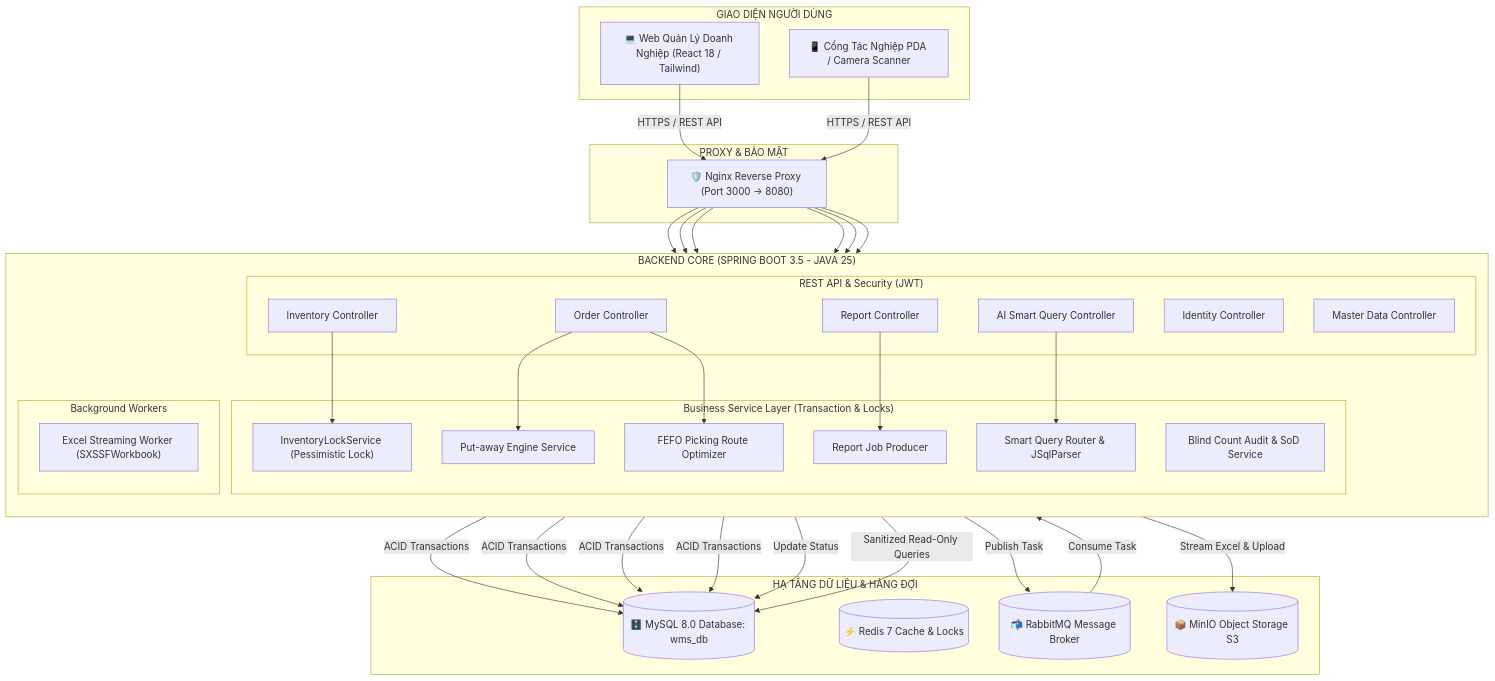
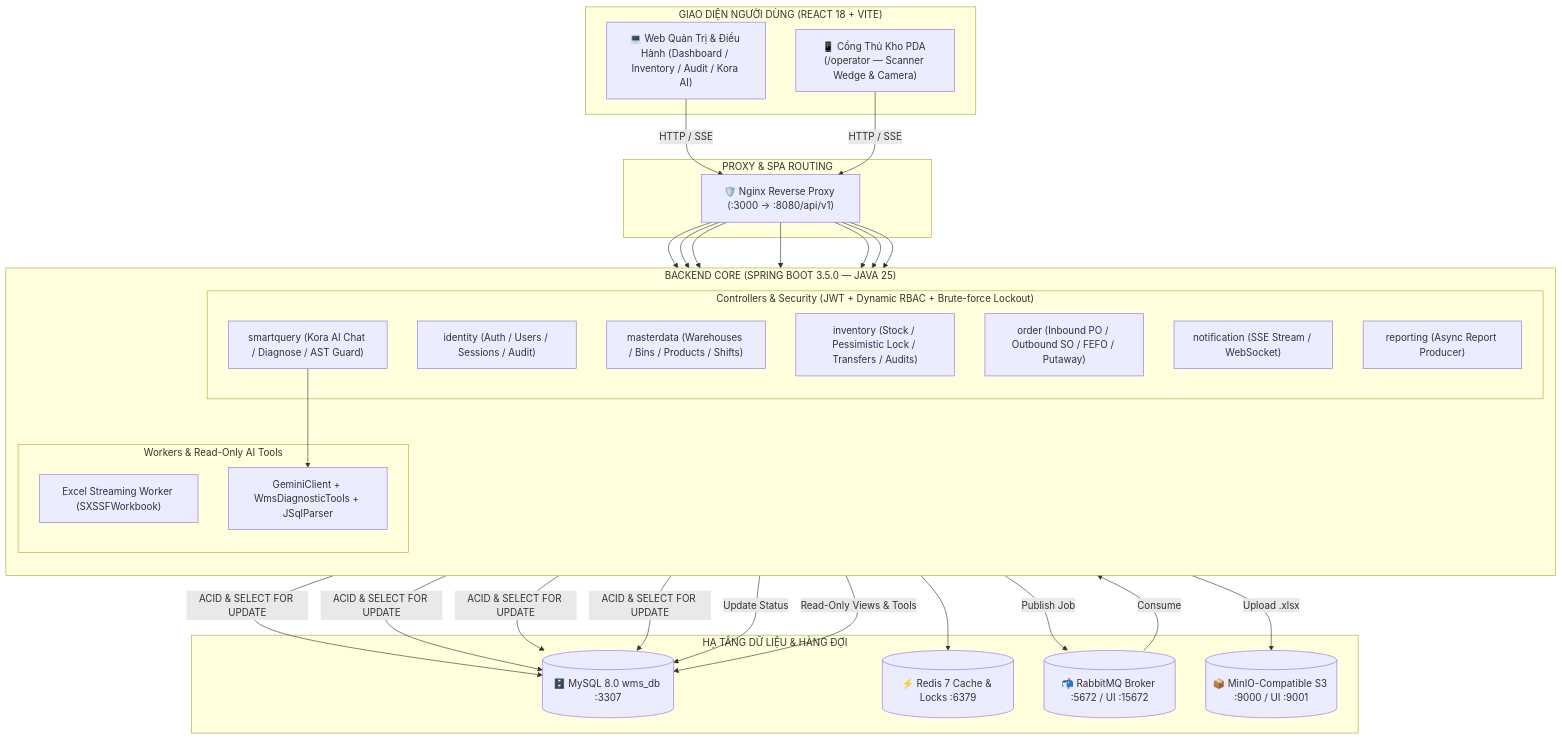
The diagram in README.md (chien261025/HKDN), drawn with Mermaid before and after one commit. The commit also changed other lines of this file and 13 other files, not shown here.

Commit message:
fix(wms,frontend): apply live-tested fixes across dashboard, operator PDA, auth, notifications and update README

````diff
--- a/README.md
+++ b/README.md
@@ -133,56 +95,47 @@
 ```mermaid
 graph TB
-    subgraph Clients ["GIAO DIỆN NGƯỜI DÙNG"]
-        WebAdmin["💻 Web Quản Lý Doanh Nghiệp (React 18 / Tailwind)"]
-        MobileScanner["📱 Cổng Tác Nghiệp PDA / Camera Scanner"]
+    subgraph Clients ["GIAO DIỆN NGƯỜI DÙNG (REACT 18 + VITE)"]
+        WebAdmin["💻 Web Quản Trị & Điều Hành (Dashboard / Inventory / Audit / Kora AI)"]
+        MobilePDA["📱 Cổng Thủ Kho PDA (/operator — Scanner Wedge & Camera)"]
     end
 
-    subgraph Gateway ["PROXY & BẢO MẬT"]
-        Nginx["🛡️ Nginx Reverse Proxy (Port 3000 -> 8080)"]
+    subgraph Gateway ["PROXY & SPA ROUTING"]
+        Nginx["🛡️ Nginx Reverse Proxy (:3000 -> :8080/api/v1)"]
     end
 
-    subgraph SpringBootApp ["BACKEND CORE (SPRING BOOT 3.5 - JAVA 25)"]
+    subgraph SpringBootApp ["BACKEND CORE (SPRING BOOT 3.5.0 — JAVA 25)"]
         direction TB
-        subgraph REST_Controllers ["REST API & Security (JWT)"]
-            AuthCtrl["Identity Controller"]
-            MasterCtrl["Master Data Controller"]
-            InvCtrl["Inventory Controller"]
-            OrderCtrl["Order Controller"]
-            ReportCtrl["Report Controller"]
-            AICtrl["AI Smart Query Controller"]
+        subgraph API_Security ["Controllers & Security (JWT + Dynamic RBAC + Brute-force Lockout)"]
+            IdentityCtrl["identity (Auth / Users / Sessions / Audit)"]
+            MasterCtrl["masterdata (Warehouses / Bins / Products / Shifts)"]
+            InvCtrl["inventory (Stock / Pessimistic Lock / Transfers / Audits)"]
+            OrderCtrl["order (Inbound PO / Outbound SO / FEFO / Putaway)"]
+            NotifCtrl["notification (SSE Stream / WebSocket)"]
+            ReportCtrl["reporting (Async Report Producer)"]
+            KoraCtrl["smartquery (Kora AI Chat / Diagnose / AST Guard)"]
         end
 
-        subgraph Core_Services ["Business Service Layer (Transaction & Locks)"]
-            InvLockSvc["InventoryLockService (Pessimistic Lock)"]
-            PutAwaySvc["Put-away Engine Service"]
-            FEFOSvc["FEFO Picking Route Optimizer"]
-            AuditSvc["Blind Count Audit & SoD Service"]
-            ReportSvc["Report Job Producer"]
-            AISvc["Smart Query Router & JSqlParser"]
-        end
-
-        subgraph Worker_Services ["Background Workers"]
+        subgraph AI_Workers ["Workers & Read-Only AI Tools"]
             ExcelWorker["Excel Streaming Worker (SXSSFWorkbook)"]
+            GeminiEngine["GeminiClient + WmsDiagnosticTools + JSqlParser"]
         end
     end
 
-    subgraph Storage_Infrastructure ["HẠ TẦNG DỮ LIỆU & HÀNG ĐỢI"]
-        MySQL[(🗄️ MySQL 8.0 Database: wms_db)]
-        Redis[(⚡ Redis 7 Cache & Locks)]
-        RabbitMQ[(📬 RabbitMQ Message Broker)]
-        MinIO[(📦 MinIO Object Storage S3)]
+    subgraph Storage_Infra ["HẠ TẦNG DỮ LIỆU & HÀNG ĐỢI"]
+        MySQL[(🗄️ MySQL 8.0 wms_db :3307)]
+        Redis[(⚡ Redis 7 Cache & Locks :6379)]
+        RabbitMQ[(📬 RabbitMQ Broker :5672 / UI :15672)]
+        MinIO[(📦 MinIO-Compatible S3 :9000 / UI :9001)]
     end
 
-    WebAdmin & MobileScanner -->|HTTPS / REST API| Nginx
-    Nginx --> AuthCtrl & MasterCtrl & InvCtrl & OrderCtrl & ReportCtrl & AICtrl
-    InvCtrl --> InvLockSvc
-    OrderCtrl --> PutAwaySvc & FEFOSvc
-    ReportCtrl --> ReportSvc
-    AICtrl --> AISvc
-    InvLockSvc & PutAwaySvc & FEFOSvc & AuditSvc -->|ACID Transactions| MySQL
-    ReportSvc -->|Publish Task| RabbitMQ
-    RabbitMQ -->|Consume Task| ExcelWorker
-    ExcelWorker -->|Stream Excel & Upload| MinIO
+    WebAdmin & MobilePDA -->|HTTP / SSE| Nginx
+    Nginx --> IdentityCtrl & MasterCtrl & InvCtrl & OrderCtrl & NotifCtrl & ReportCtrl & KoraCtrl
+    IdentityCtrl & MasterCtrl & InvCtrl & OrderCtrl -->|ACID & SELECT FOR UPDATE| MySQL
+    IdentityCtrl --> Redis
+    ReportCtrl -->|Publish Job| RabbitMQ
+    RabbitMQ -->|Consume| ExcelWorker
+    ExcelWorker -->|Upload .xlsx| MinIO
     ExcelWorker -->|Update Status| MySQL
-    AISvc -->|Sanitized Read-Only Queries| MySQL
+    KoraCtrl --> GeminiEngine
+    GeminiEngine -->|Read-Only Views & Tools| MySQL
 ```
````
